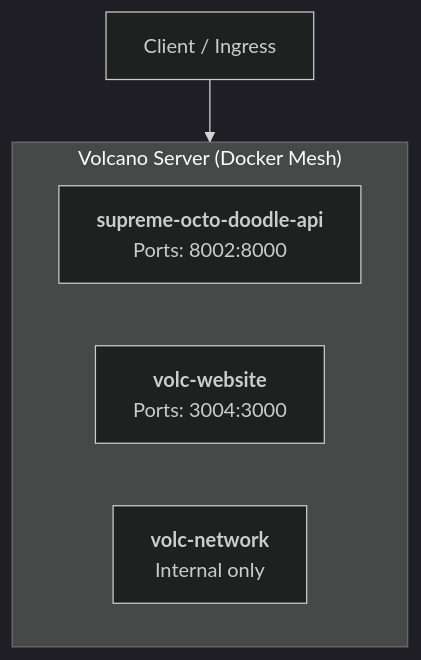
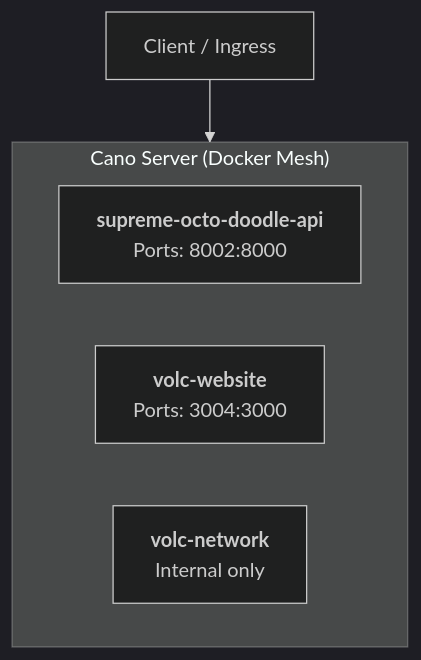
Before and after one commit to d00mkeeps/volc: the diagram in docs/ARCHITECTURE.md, drawn with Mermaid (dark theme). The commit also changed other lines of this file and 2 other files, not shown here.

Commit message:
chore(infra): update server host references from Volcano to Cano

````diff
--- a/docs/ARCHITECTURE.md
+++ b/docs/ARCHITECTURE.md
@@ -8,10 +8,10 @@
 ```mermaid
 graph TD
-    subgraph Volcano_Host["Volcano Server (Docker Mesh)"]
+    subgraph Cano_Host["Cano Server (Docker Mesh)"]
         volc-backend["<b>supreme-octo-doodle-api</b><br/>Ports: 8002:8000"]
         volc-website["<b>volc-website</b><br/>Ports: 3004:3000"]
         volc-network["<b>volc-network</b><br/>Internal only"]
     end
 
-    External[Client / Ingress] --> Volcano_Host
+    External[Client / Ingress] --> Cano_Host
 ```
````
